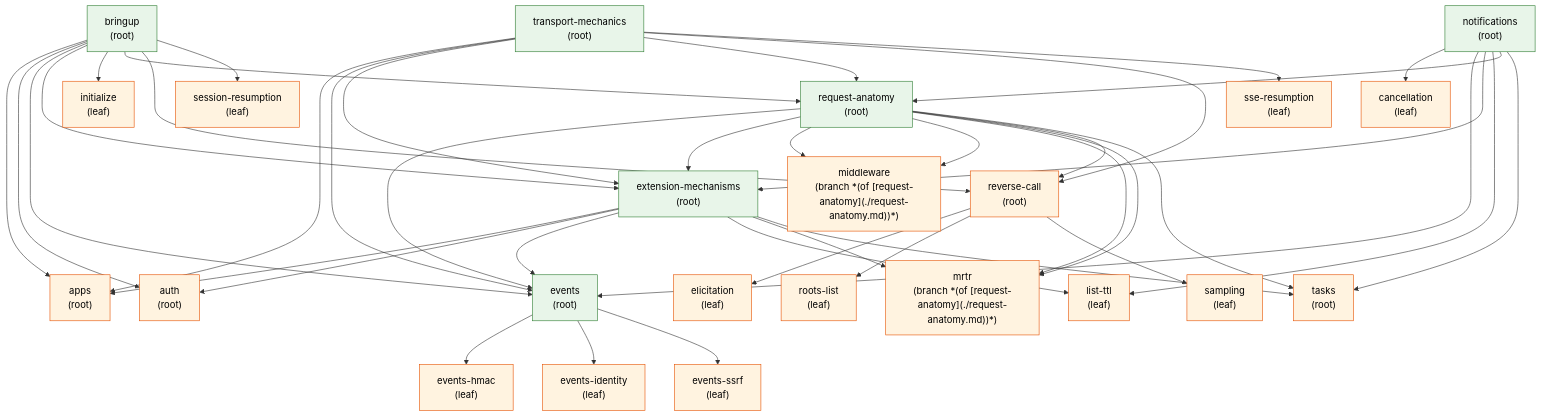
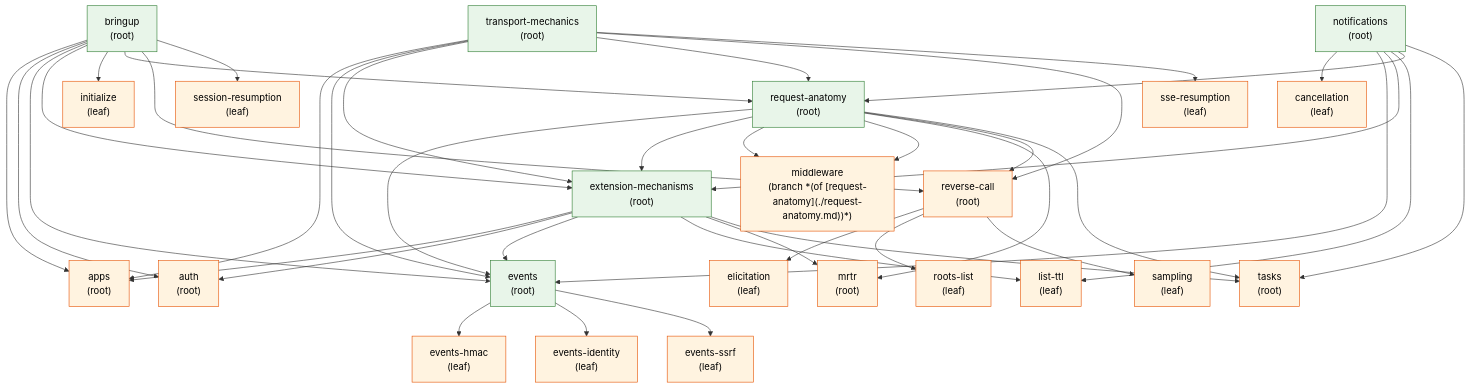
The diagram in tutorials/walkthrough/GRAPH.md (panyam/mcpkit), drawn with Mermaid before and after one commit. The commit also changed 6 other files, not shown here.

```diff
--- a/tutorials/walkthrough/GRAPH.md
+++ b/tutorials/walkthrough/GRAPH.md
@@ -31,7 +31,7 @@
     click list-ttl "https://github.com/panyam/mcpkit/blob/main/tutorials/walkthrough/list-ttl.md"
     middleware["middleware<br/>(branch *(of [request-anatomy](./request-anatomy.md))*)"]
     click middleware "https://github.com/panyam/mcpkit/blob/main/tutorials/walkthrough/middleware.md"
-    mrtr["mrtr<br/>(branch *(of [request-anatomy](./request-anatomy.md))*)"]
+    mrtr["mrtr<br/>(root)"]
     click mrtr "https://github.com/panyam/mcpkit/blob/main/tutorials/walkthrough/mrtr.md"
     notifications["notifications<br/>(root)"]
     click notifications "https://github.com/panyam/mcpkit/blob/main/tutorials/walkthrough/notifications.md"
@@ -77,7 +77,6 @@
     request-anatomy --> middleware
     request-anatomy --> middleware
     request-anatomy --> mrtr
-    request-anatomy --> mrtr
     extension-mechanisms --> mrtr
     bringup --> request-anatomy
     transport-mechanics --> request-anatomy
```
